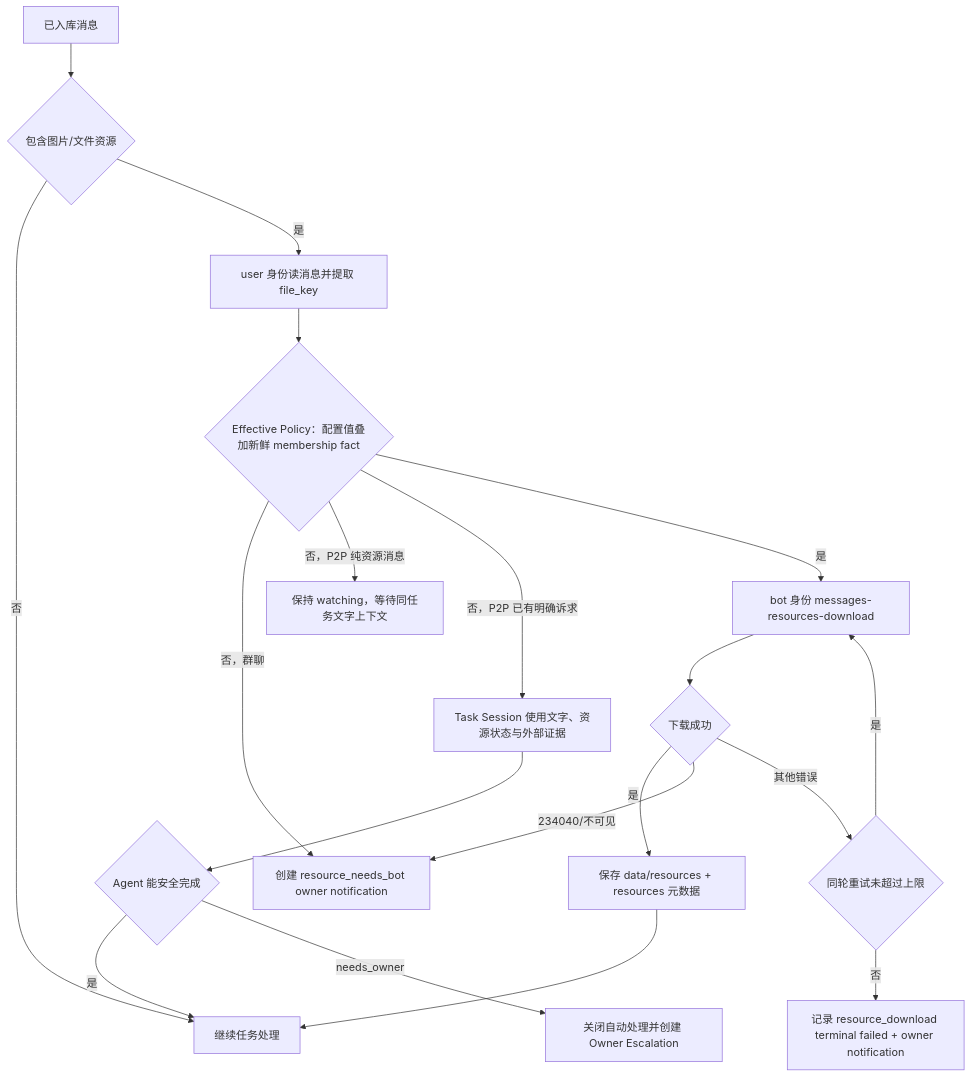
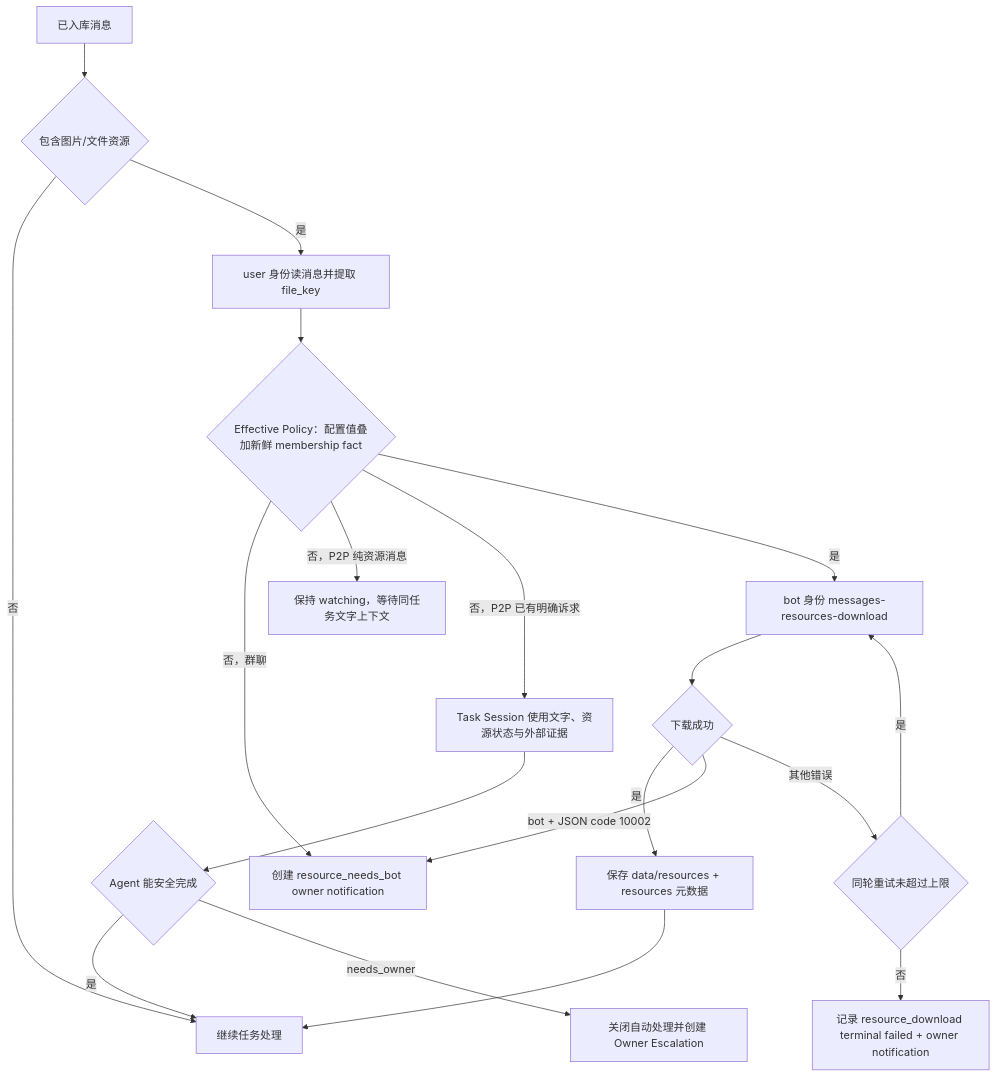
The fourth of 7 diagrams in docs/specs/feishu-shadow-agent-flows.md (wufei-png/feishu-shadow-agent), drawn with Mermaid before and after one commit. The commit also changed other lines of this file and 10 other files, not shown here.

````diff
--- a/docs/specs/feishu-shadow-agent-flows.md
+++ b/docs/specs/feishu-shadow-agent-flows.md
@@ -157,22 +157,22 @@
 ```mermaid
 flowchart TD
   Msg["已入库消息"] --> HasResource{"包含图片/文件资源"}
   HasResource -->|否| Continue["继续任务处理"]
   HasResource -->|是| Extract["user 身份读消息并提取 file_key"]
   Extract --> BotKnown{"Effective Policy：配置值叠加新鲜 membership fact"}
   BotKnown -->|否，群聊| NotifyJoin["创建 resource_needs_bot owner notification"]
   BotKnown -->|否，P2P 纯资源消息| WaitContext["保持 watching，等待同任务文字上下文"]
   BotKnown -->|否，P2P 已有明确诉求| TaskWithoutResource["Task Session 使用文字、资源状态与外部证据"]
   TaskWithoutResource --> P2PAnswerable{"Agent 能安全完成"}
   P2PAnswerable -->|是| Continue
   P2PAnswerable -->|needs_owner| OwnerEscalation["关闭自动处理并创建 Owner Escalation"]
 
   BotKnown -->|是| Download["bot 身份 messages-resources-download"]
   Download --> DownloadOK{"下载成功"}
   DownloadOK -->|是| SaveResource["保存 data/resources + resources 元数据"]
   SaveResource --> Continue
-  DownloadOK -->|234040/不可见| NotifyJoin
+  DownloadOK -->|bot + JSON code 10002| NotifyJoin
   DownloadOK -->|其他错误| Retry{"同轮重试未超过上限"}
   Retry -->|是| Download
   Retry -->|否| ResourceFailed["记录 resource_download terminal failed + owner notification"]
 ```
````
